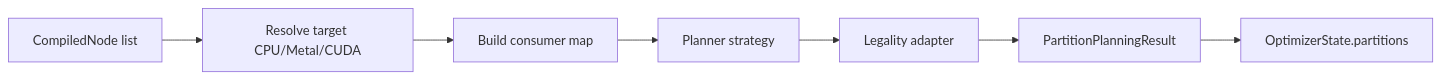
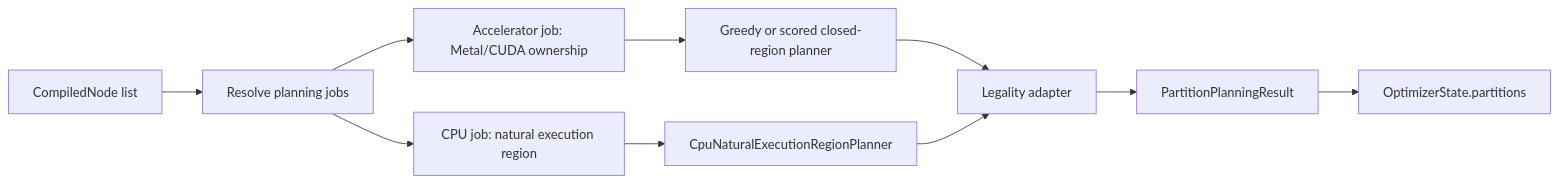
One commit to pho001/Synaptik changed the seventh of 11 diagrams in docs/graph-optimizer.md. Above: the diagram before and after it, drawn with Mermaid. The commit also changed other lines of this file and 5 other files, not shown here.

Commit message:
docs: expand graph optimizer policy guide

````diff
--- a/docs/graph-optimizer.md
+++ b/docs/graph-optimizer.md
@@ -792,9 +999,12 @@
 ```mermaid
 flowchart LR
-    A[CompiledNode list] --> B[Resolve target CPU/Metal/CUDA]
-    B --> C[Build consumer map]
-    C --> D[Planner strategy]
-    D --> E[Legality adapter]
+    A[CompiledNode list] --> B[Resolve planning jobs]
+    B --> C1[Accelerator job: Metal/CUDA ownership]
+    B --> C2[CPU job: natural execution region]
+    C1 --> D1[Greedy or scored closed-region planner]
+    C2 --> D2[CpuNaturalExecutionRegionPlanner]
+    D1 --> E[Legality adapter]
+    D2 --> E
     E --> F[PartitionPlanningResult]
     F --> G[OptimizerState.partitions]
 ```
````
